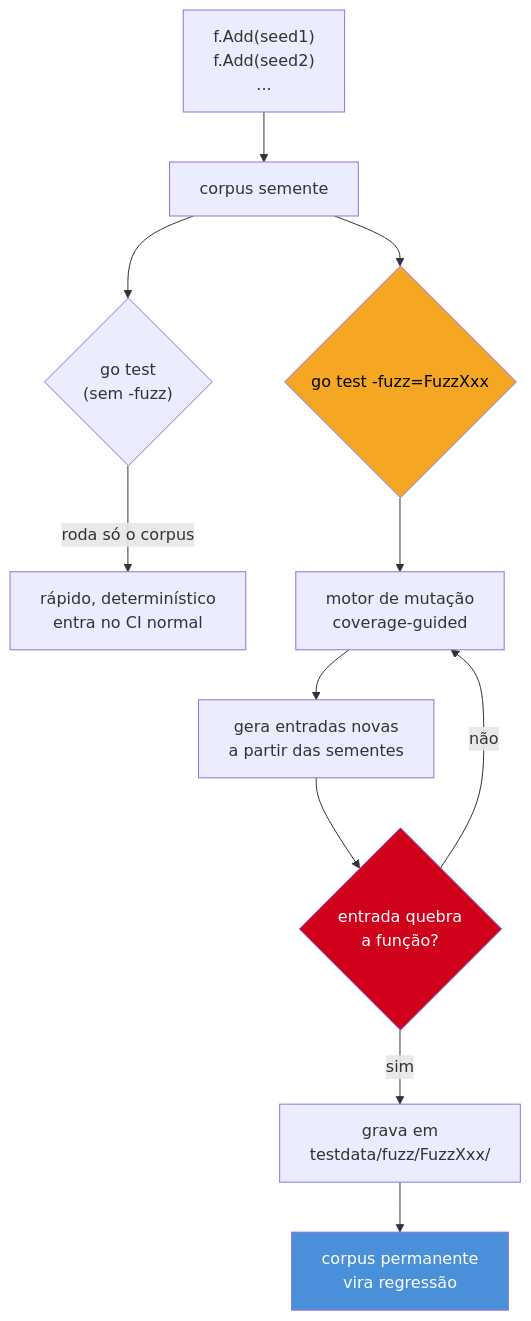
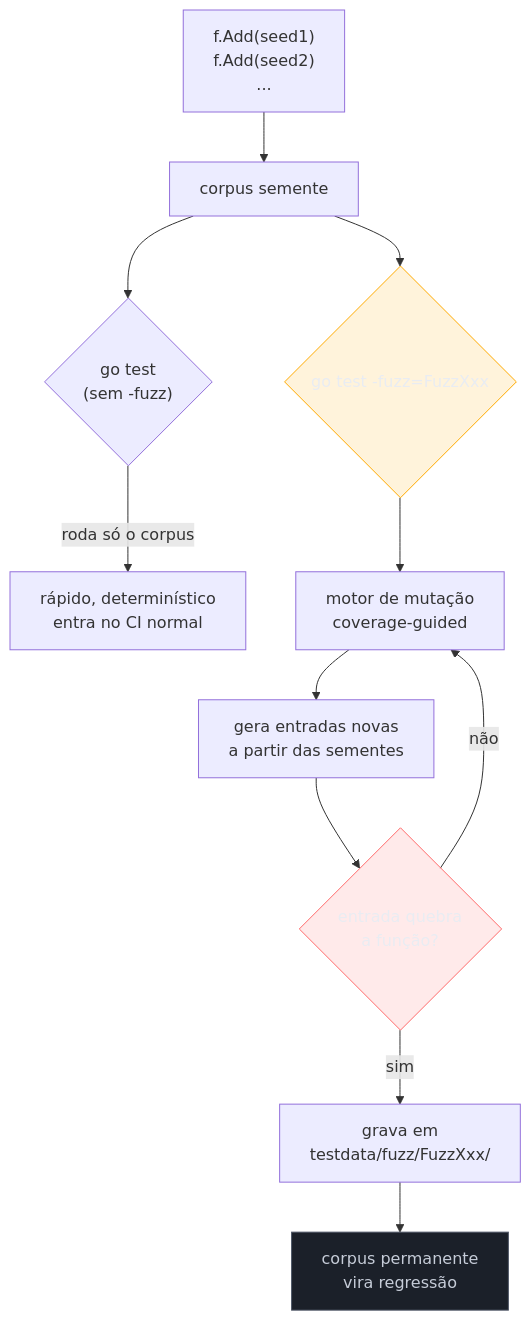
One commit to josenaldo/codex-technomanticus changed the diagram in 03-Dominios/Tecnologia/Go/15 - Testes/07 - Fuzzing.md. Above: the diagram before and after it, drawn with Mermaid. The commit also changed 1181 other files, not shown here.

First line of the commit message:
fix(diagramas): paleta do sistema no lugar de cor cravada no markdown

````diff
--- a/03-Dominios/Tecnologia/Go/15 - Testes/07 - Fuzzing.md
+++ b/03-Dominios/Tecnologia/Go/15 - Testes/07 - Fuzzing.md
@@ -71,18 +71,21 @@
 ```mermaid
 flowchart TB
+    classDef destaque fill:#FFAA0024,stroke:#FFAA00,color:#E9ECF2
+    classDef falha fill:#FF6B6B24,stroke:#FF6B6B,color:#E9ECF2
+    classDef neutro fill:#1B2029,stroke:#4E5666,color:#C6CCD8
     A["f.Add(seed1)\nf.Add(seed2)\n..."] --> B["corpus semente"]
     B --> C{"go test\n(sem -fuzz)"}
     C -->|"roda só o corpus"| D["rápido, determinístico\nentra no CI normal"]
 
     B --> E{"go test -fuzz=FuzzXxx"}
     E --> F["motor de mutação\ncoverage-guided"]
     F --> G["gera entradas novas\na partir das sementes"]
     G --> H{"entrada quebra\na função?"}
     H -->|não| F
     H -->|sim| I["grava em\ntestdata/fuzz/FuzzXxx/"]
     I --> J["corpus permanente\nvira regressão"]
 
-    style E fill:#F5A623,color:#000
-    style H fill:#D0021B,color:#fff
-    style J fill:#4A90D9,color:#fff
+    class E destaque
+    class H falha
+    class J neutro
 ```
````
